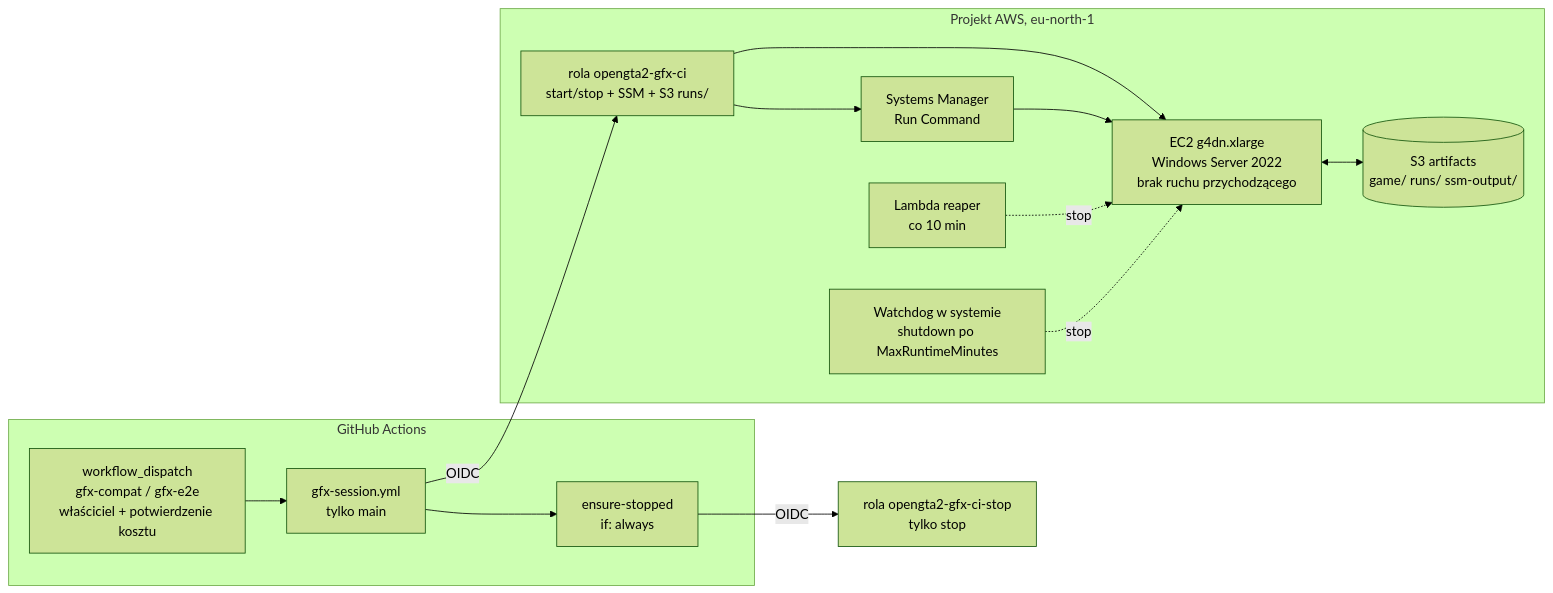
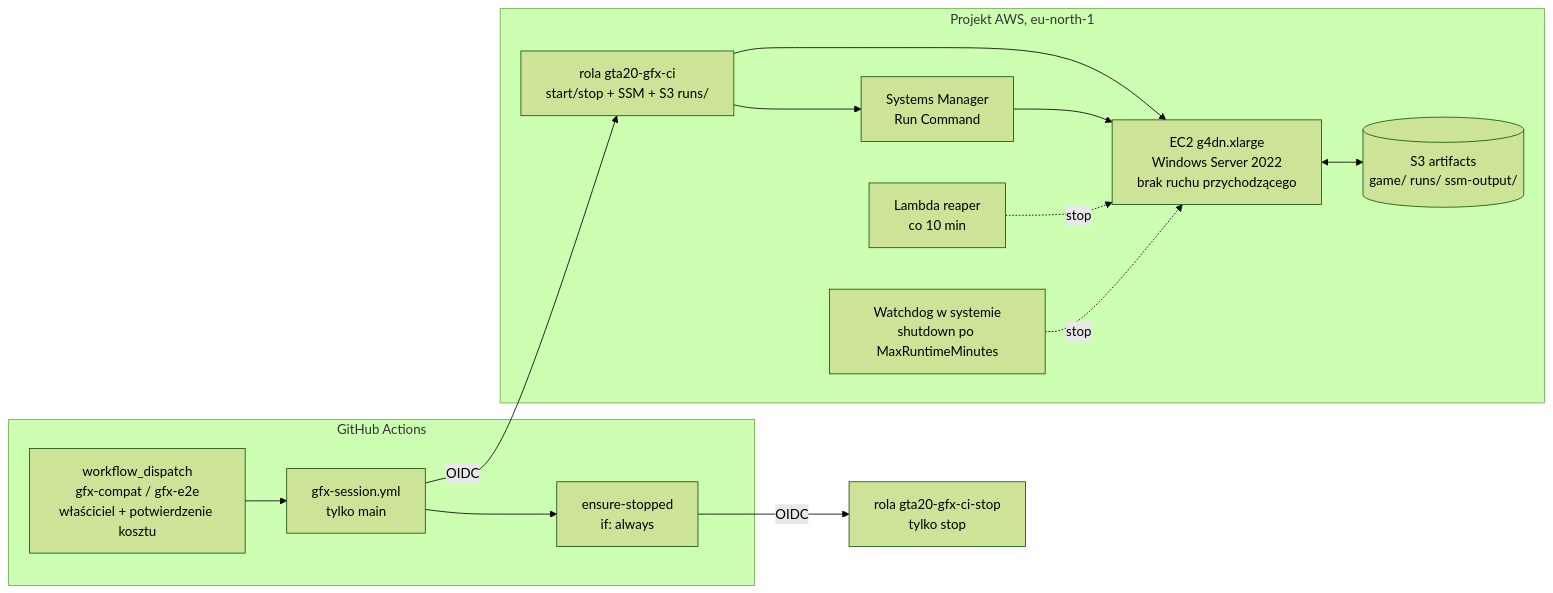
Before and after one commit to grzebla/gta2.0: the diagram in docs/ci/gpu-testing.md, drawn with Mermaid (forest theme). The commit also changed other lines of this file and 125 other files, not shown here.

````diff
--- a/docs/ci/gpu-testing.md
+++ b/docs/ci/gpu-testing.md
@@ -12,17 +12,17 @@
 ```mermaid
 flowchart LR
   subgraph GH[GitHub Actions]
     D[workflow_dispatch<br/>gfx-compat / gfx-e2e<br/>właściciel + potwierdzenie kosztu] --> S[gfx-session.yml<br/>tylko main]
     S --> X[ensure-stopped<br/>if: always]
   end
-  S -- OIDC --> R1[rola opengta2-gfx-ci<br/>start/stop + SSM + S3 runs/]
-  X -- OIDC --> R2[rola opengta2-gfx-ci-stop<br/>tylko stop]
+  S -- OIDC --> R1[rola gta20-gfx-ci<br/>start/stop + SSM + S3 runs/]
+  X -- OIDC --> R2[rola gta20-gfx-ci-stop<br/>tylko stop]
   subgraph AWS[Projekt AWS, eu-north-1]
     R1 --> EC2[EC2 g4dn.xlarge<br/>Windows Server 2022<br/>brak ruchu przychodzącego]
     R1 --> SSM[Systems Manager<br/>Run Command]
     SSM --> EC2
     EC2 <--> B[(S3 artifacts<br/>game/ runs/ ssm-output/)]
     L[Lambda reaper<br/>co 10 min] -. stop .-> EC2
     W[Watchdog w systemie<br/>shutdown po MaxRuntimeMinutes] -. stop .-> EC2
   end
 ```
````
